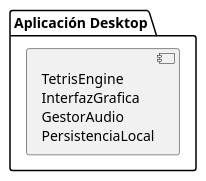
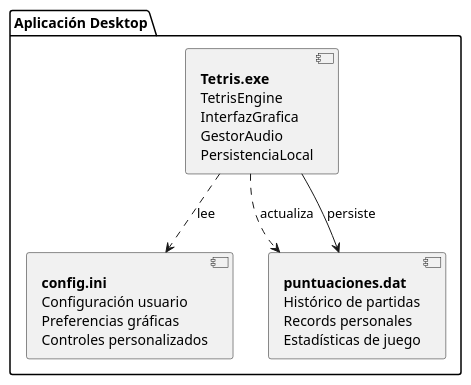
The diagram in plantUMLModels/componentDiagramTetrisMonolito.puml (mmasias/uml), drawn with PlantUML before and after one commit. The commit also changed 1 other file, not shown here.

Commit message:
fix: corregir diagrama de componentes para el monolito de Tetris

```diff
--- a/plantUMLModels/componentDiagramTetrisMonolito.puml
+++ b/plantUMLModels/componentDiagramTetrisMonolito.puml
@@ -1,8 +1,32 @@
+@startuml
+
 package "Aplicación Desktop" {
-    component Tetris [
-        TetrisEngine
-        InterfazGrafica
-        GestorAudio
-        PersistenciaLocal
-    ]
+  component tetrisExe [
+    <b>Tetris.exe</b>
+    TetrisEngine
+    InterfazGrafica  
+    GestorAudio
+    PersistenciaLocal
+  ]
+  
+  component configFile [
+    <b>config.ini</b>
+    Configuración usuario
+    Preferencias gráficas
+    Controles personalizados
+  ]
+  
+  component scoresFile [
+    <b>puntuaciones.dat</b>
+    Histórico de partidas
+    Records personales
+    Estadísticas de juego
+  ]
 }
+
+' Dependencias
+tetrisExe ..> configFile : lee
+tetrisExe ..> scoresFile : actualiza
+tetrisExe --> scoresFile : persiste
+
+@enduml
```
